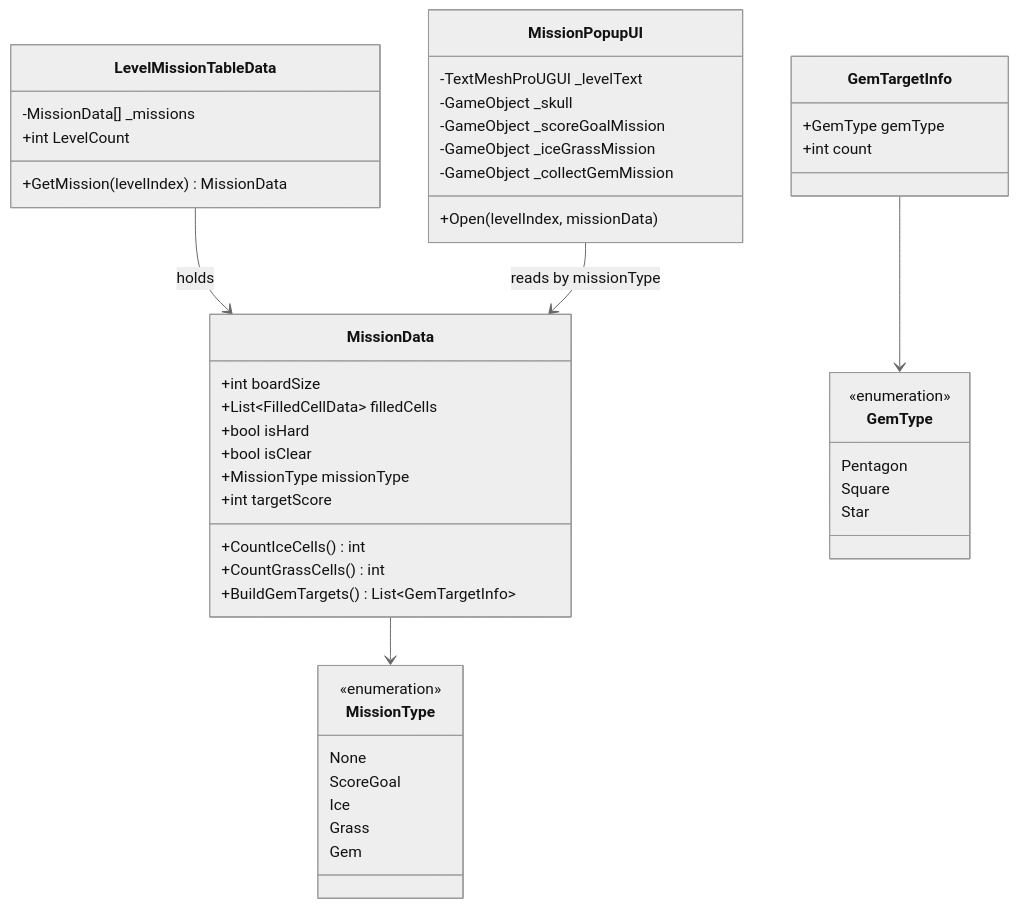
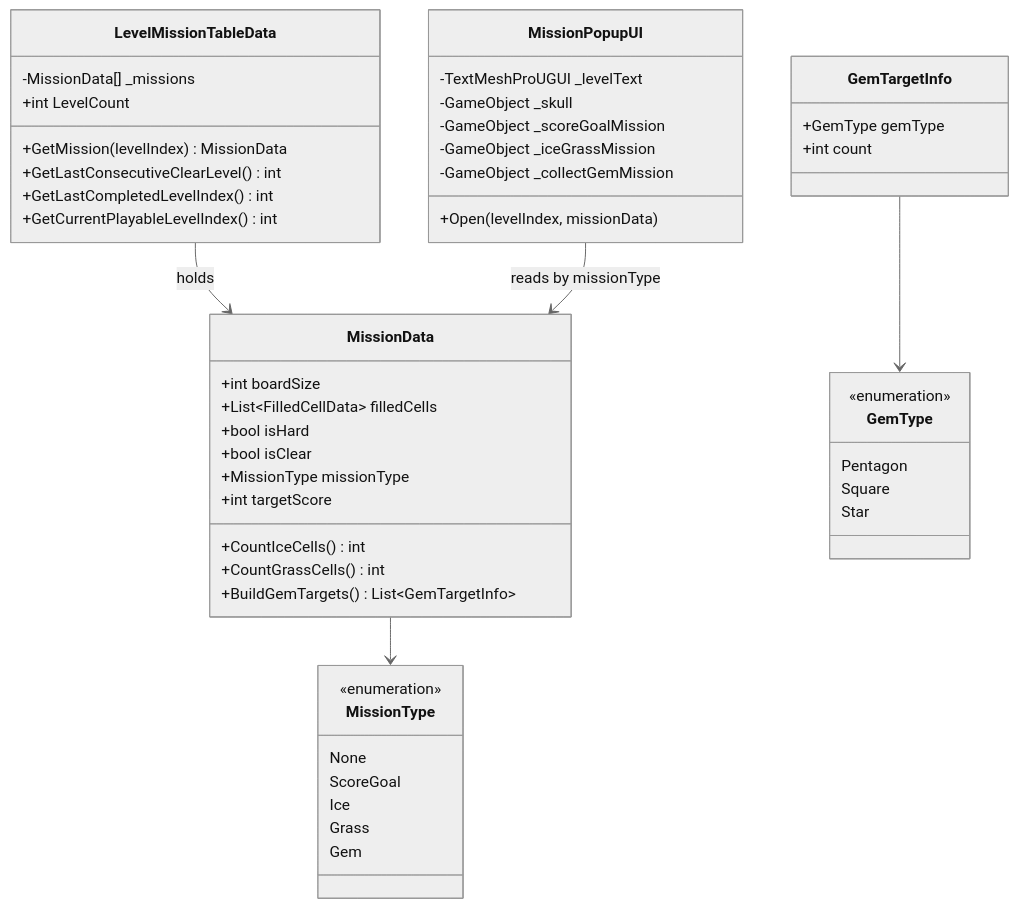
The second of 3 diagrams in docs/diagrams/level-map.md (chlghksgml01/BlockPuzzle), drawn with Mermaid (neutral theme) before and after one commit. The commit also changed other lines of this file and 13 other files, not shown here.

````diff
--- a/docs/diagrams/level-map.md
+++ b/docs/diagrams/level-map.md
@@ -103,55 +118,58 @@
 ```mermaid
 classDiagram
     class MissionData {
         +int boardSize
         +List~FilledCellData~ filledCells
         +bool isHard
         +bool isClear
         +MissionType missionType
         +int targetScore
         +CountIceCells() int
         +CountGrassCells() int
         +BuildGemTargets() List~GemTargetInfo~
     }
 
     class MissionType {
         <<enumeration>>
         None
         ScoreGoal
         Ice
         Grass
         Gem
     }
 
     class GemType {
         <<enumeration>>
         Pentagon
         Square
         Star
     }
 
     class GemTargetInfo {
         +GemType gemType
         +int count
     }
 
     class LevelMissionTableData {
         -MissionData[] _missions
         +int LevelCount
         +GetMission(levelIndex) MissionData
+        +GetLastConsecutiveClearLevel() int
+        +GetLastCompletedLevelIndex() int
+        +GetCurrentPlayableLevelIndex() int
     }
 
     class MissionPopupUI {
         -TextMeshProUGUI _levelText
         -GameObject _skull
         -GameObject _scoreGoalMission
         -GameObject _iceGrassMission
         -GameObject _collectGemMission
         +Open(levelIndex, missionData)
     }
 
     MissionData --> MissionType
     GemTargetInfo --> GemType
     LevelMissionTableData --> MissionData : holds
     MissionPopupUI --> MissionData : reads by missionType
 ```
````
